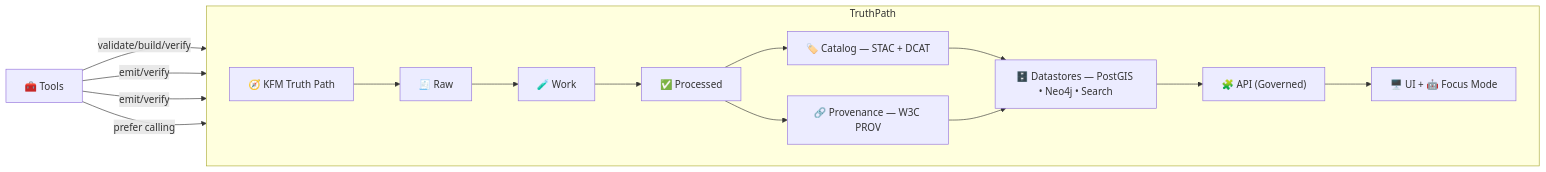
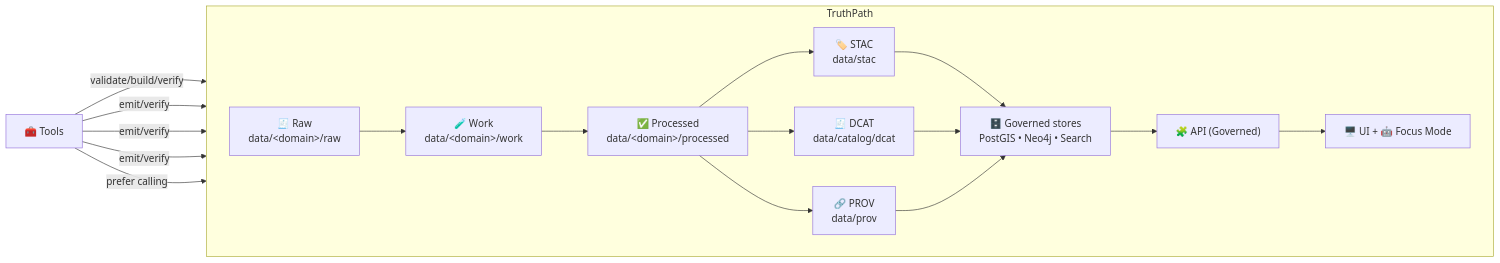
One commit to bartytime4life/Kansas-Frontier-Matrix changed the first of 2 diagrams in tools/README.md. Above: the diagram before and after it, drawn with Mermaid. The commit also changed other lines of this file, not shown here.

````diff
--- a/tools/README.md
+++ b/tools/README.md
@@ -80,21 +87,26 @@
 ```mermaid
 flowchart LR
   subgraph TruthPath
     direction LR
-    TP["🧭 KFM Truth Path"]
-    A["🧾 Raw"] --> B["🧪 Work"] --> C["✅ Processed"]
-    C --> D["🏷️ Catalog — STAC + DCAT"]
-    C --> E["🔗 Provenance — W3C PROV"]
-    D --> F["🗄️ Datastores — PostGIS • Neo4j • Search"]
-    E --> F
-    F --> G["🧩 API (Governed)"]
+
+    A["🧾 Raw<br/>data/&lt;domain&gt;/raw"] --> B["🧪 Work<br/>data/&lt;domain&gt;/work"] --> C["✅ Processed<br/>data/&lt;domain&gt;/processed"]
+
+    C --> D["🏷️ STAC<br/>data/stac"]
+    C --> E["🧾 DCAT<br/>data/catalog/dcat"]
+    C --> P["🔗 PROV<br/>data/prov"]
+
+    D --> S["🗄️ Governed stores<br/>PostGIS • Neo4j • Search"]
+    E --> S
+    P --> S
+
+    S --> G["🧩 API (Governed)"]
     G --> H["🖥️ UI + 🤖 Focus Mode"]
-    TP --> A
   end
 
   T["🧰 Tools"]
   T -->|"validate/build/verify"| C
   T -->|"emit/verify"| D
   T -->|"emit/verify"| E
+  T -->|"emit/verify"| P
   T -->|"prefer calling"| G
 ```
````
